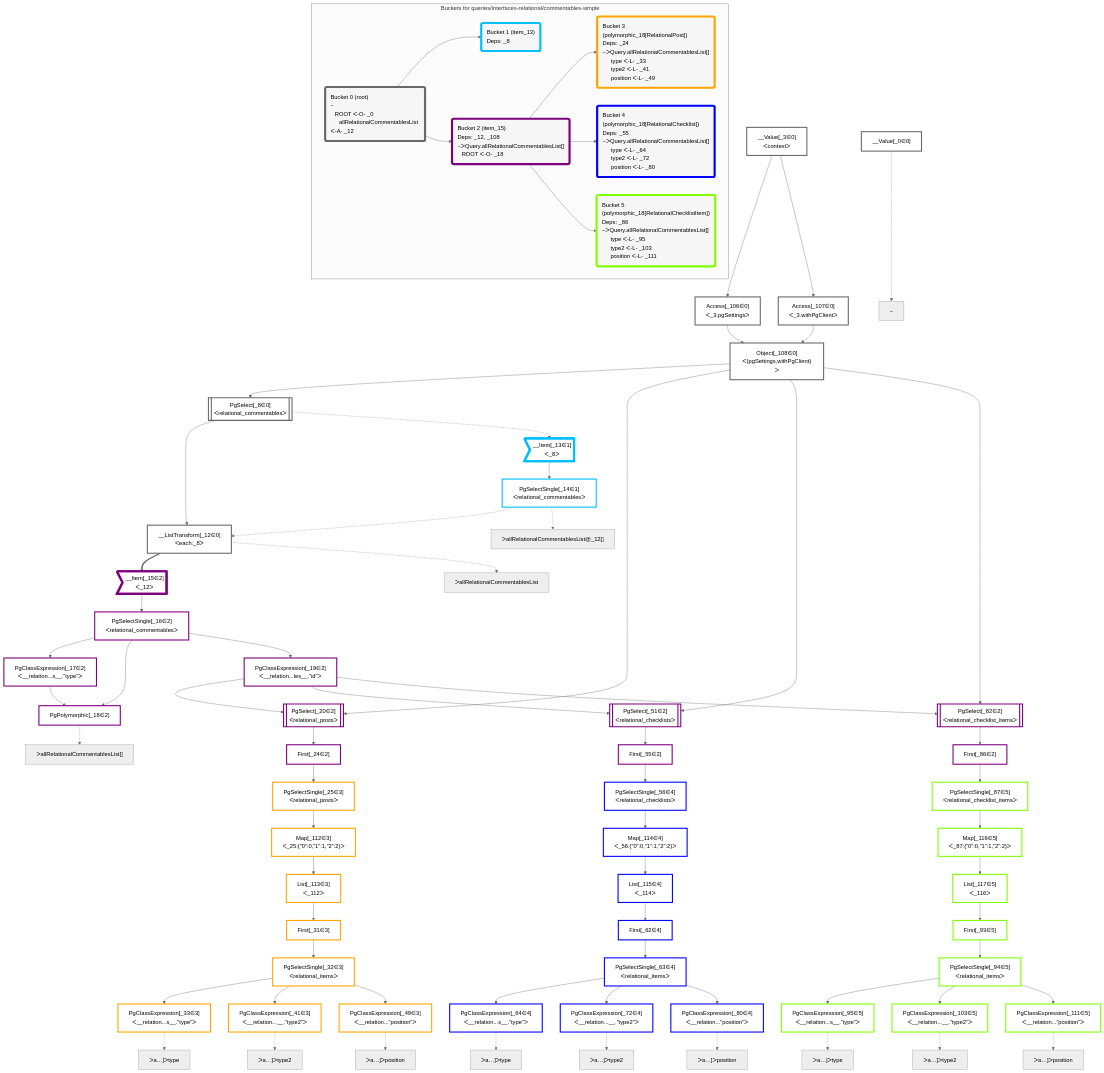
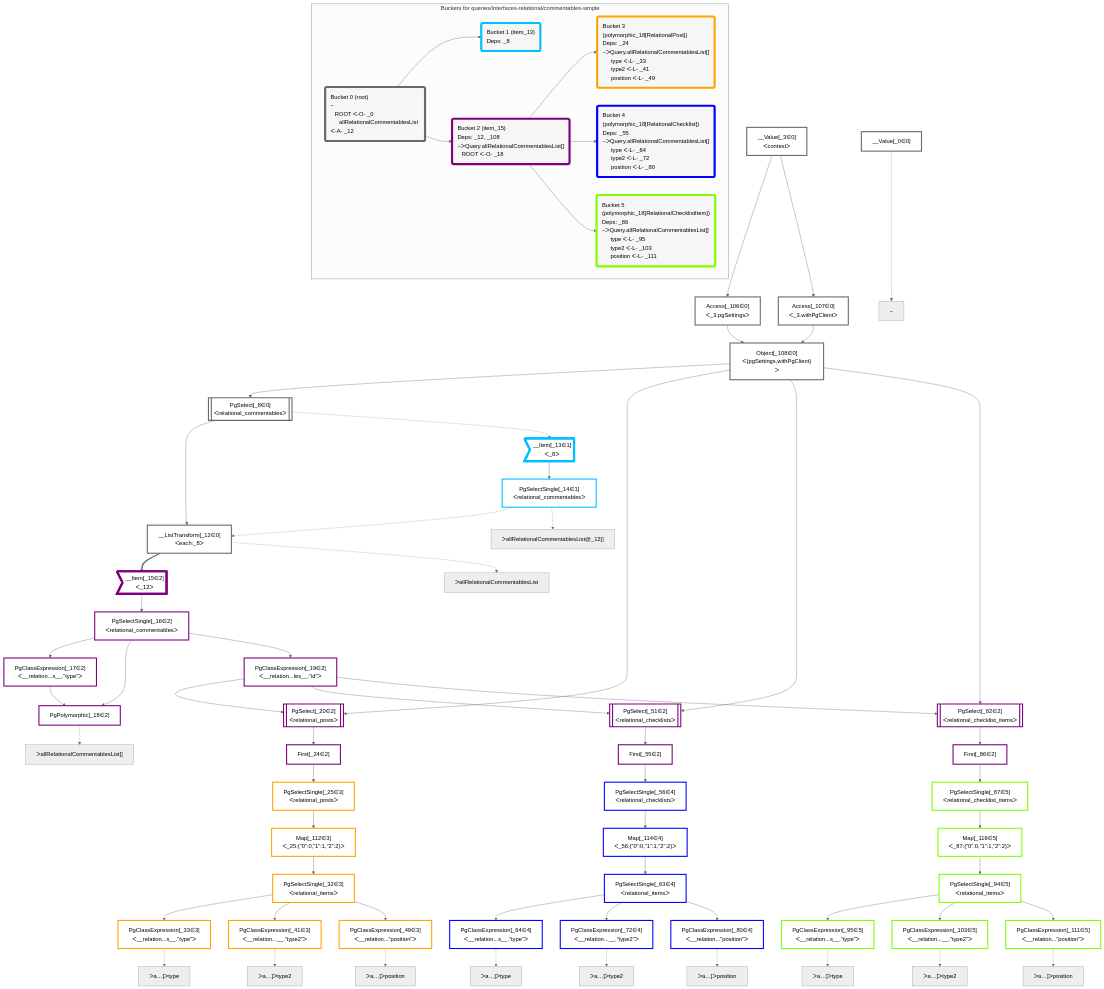
One commit to graphile/crystal changed the diagram in packages/dataplan-pg/__tests__/queries/interfaces-relational/commentables-simple.deopt.mermaid.md. Above: the diagram before and after it, drawn with Mermaid (neutral theme). The commit also changed 67 other files, not shown here.

```diff
--- a/packages/dataplan-pg/__tests__/queries/interfaces-relational/commentables-simple.deopt.mermaid.md
+++ b/packages/dataplan-pg/__tests__/queries/interfaces-relational/commentables-simple.deopt.mermaid.md
@@ -22,7 +22,6 @@
     PgSelect_20[["PgSelect[_20∈2]<br />ᐸrelational_postsᐳ"]]:::plan
     First_24["First[_24∈2]"]:::plan
     PgSelectSingle_25["PgSelectSingle[_25∈3]<br />ᐸrelational_postsᐳ"]:::plan
-    First_31["First[_31∈3]"]:::plan
     PgSelectSingle_32["PgSelectSingle[_32∈3]<br />ᐸrelational_itemsᐳ"]:::plan
     PgClassExpression_33["PgClassExpression[_33∈3]<br />ᐸ__relation...s__.”type”ᐳ"]:::plan
     PgClassExpression_41["PgClassExpression[_41∈3]<br />ᐸ__relation...__.”type2”ᐳ"]:::plan
@@ -30,7 +29,6 @@
     PgSelect_51[["PgSelect[_51∈2]<br />ᐸrelational_checklistsᐳ"]]:::plan
     First_55["First[_55∈2]"]:::plan
     PgSelectSingle_56["PgSelectSingle[_56∈4]<br />ᐸrelational_checklistsᐳ"]:::plan
-    First_62["First[_62∈4]"]:::plan
     PgSelectSingle_63["PgSelectSingle[_63∈4]<br />ᐸrelational_itemsᐳ"]:::plan
     PgClassExpression_64["PgClassExpression[_64∈4]<br />ᐸ__relation...s__.”type”ᐳ"]:::plan
     PgClassExpression_72["PgClassExpression[_72∈4]<br />ᐸ__relation...__.”type2”ᐳ"]:::plan
@@ -38,7 +36,6 @@
     PgSelect_82[["PgSelect[_82∈2]<br />ᐸrelational_checklist_itemsᐳ"]]:::plan
     First_86["First[_86∈2]"]:::plan
     PgSelectSingle_87["PgSelectSingle[_87∈5]<br />ᐸrelational_checklist_itemsᐳ"]:::plan
-    First_93["First[_93∈5]"]:::plan
     PgSelectSingle_94["PgSelectSingle[_94∈5]<br />ᐸrelational_itemsᐳ"]:::plan
     PgClassExpression_95["PgClassExpression[_95∈5]<br />ᐸ__relation...s__.”type”ᐳ"]:::plan
     PgClassExpression_103["PgClassExpression[_103∈5]<br />ᐸ__relation...__.”type2”ᐳ"]:::plan
@@ -47,11 +44,8 @@
     Object_108["Object[_108∈0]<br />ᐸ{pgSettings,withPgClient}ᐳ"]:::plan
     PgClassExpression_111["PgClassExpression[_111∈5]<br />ᐸ__relation...”position”ᐳ"]:::plan
     Map_112["Map[_112∈3]<br />ᐸ_25:{”0”:0,”1”:1,”2”:2}ᐳ"]:::plan
-    List_113["List[_113∈3]<br />ᐸ_112ᐳ"]:::plan
     Map_114["Map[_114∈4]<br />ᐸ_56:{”0”:0,”1”:1,”2”:2}ᐳ"]:::plan
-    List_115["List[_115∈4]<br />ᐸ_114ᐳ"]:::plan
     Map_116["Map[_116∈5]<br />ᐸ_87:{”0”:0,”1”:1,”2”:2}ᐳ"]:::plan
-    List_117["List[_117∈5]<br />ᐸ_116ᐳ"]:::plan
 
     %% plan dependencies
     Object_108 --> PgSelect_8
@@ -69,8 +63,7 @@
     PgClassExpression_19 --> PgSelect_20
     PgSelect_20 --> First_24
     First_24 --> PgSelectSingle_25
-    List_113 --> First_31
-    First_31 --> PgSelectSingle_32
+    Map_112 --> PgSelectSingle_32
     PgSelectSingle_32 --> PgClassExpression_33
     PgSelectSingle_32 --> PgClassExpression_41
     PgSelectSingle_32 --> PgClassExpression_49
@@ -78,8 +71,7 @@
     PgClassExpression_19 --> PgSelect_51
     PgSelect_51 --> First_55
     First_55 --> PgSelectSingle_56
-    List_115 --> First_62
-    First_62 --> PgSelectSingle_63
+    Map_114 --> PgSelectSingle_63
     PgSelectSingle_63 --> PgClassExpression_64
     PgSelectSingle_63 --> PgClassExpression_72
     PgSelectSingle_63 --> PgClassExpression_80
@@ -87,8 +79,7 @@
     PgClassExpression_19 --> PgSelect_82
     PgSelect_82 --> First_86
     First_86 --> PgSelectSingle_87
-    List_117 --> First_93
-    First_93 --> PgSelectSingle_94
+    Map_116 --> PgSelectSingle_94
     PgSelectSingle_94 --> PgClassExpression_95
     PgSelectSingle_94 --> PgClassExpression_103
     __Value_3 --> Access_106
@@ -97,11 +88,8 @@
     Access_107 --> Object_108
     PgSelectSingle_94 --> PgClassExpression_111
     PgSelectSingle_25 --> Map_112
-    Map_112 --> List_113
     PgSelectSingle_56 --> Map_114
-    Map_114 --> List_115
     PgSelectSingle_87 --> Map_116
-    Map_116 --> List_117
 
     %% plan-to-path relationships
     P_0["~"]
@@ -139,11 +127,11 @@
     classDef bucket2 stroke:#7f007f
     class __Item_15,PgSelectSingle_16,PgClassExpression_17,PgPolymorphic_18,PgClassExpression_19,PgSelect_20,First_24,PgSelect_51,First_55,PgSelect_82,First_86 bucket2
     classDef bucket3 stroke:#ffa500
-    class PgSelectSingle_25,First_31,PgSelectSingle_32,PgClassExpression_33,PgClassExpression_41,PgClassExpression_49,Map_112,List_113 bucket3
+    class PgSelectSingle_25,PgSelectSingle_32,PgClassExpression_33,PgClassExpression_41,PgClassExpression_49,Map_112 bucket3
     classDef bucket4 stroke:#0000ff
-    class PgSelectSingle_56,First_62,PgSelectSingle_63,PgClassExpression_64,PgClassExpression_72,PgClassExpression_80,Map_114,List_115 bucket4
+    class PgSelectSingle_56,PgSelectSingle_63,PgClassExpression_64,PgClassExpression_72,PgClassExpression_80,Map_114 bucket4
     classDef bucket5 stroke:#7fff00
-    class PgSelectSingle_87,First_93,PgSelectSingle_94,PgClassExpression_95,PgClassExpression_103,PgClassExpression_111,Map_116,List_117 bucket5
+    class PgSelectSingle_87,PgSelectSingle_94,PgClassExpression_95,PgClassExpression_103,PgClassExpression_111,Map_116 bucket5
 
     subgraph "Buckets for queries/interfaces-relational/commentables-simple"
     Bucket0("Bucket 0 (root)<br />~<br />⠀ROOT ᐸ-O- _0<br />⠀⠀allRelationalCommentablesList ᐸ-A- _12"):::bucket
```
